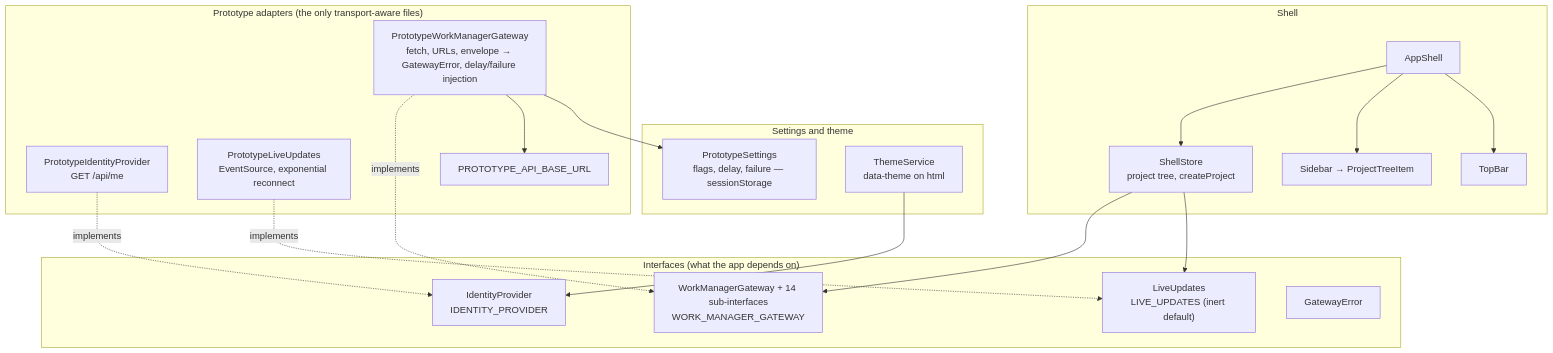
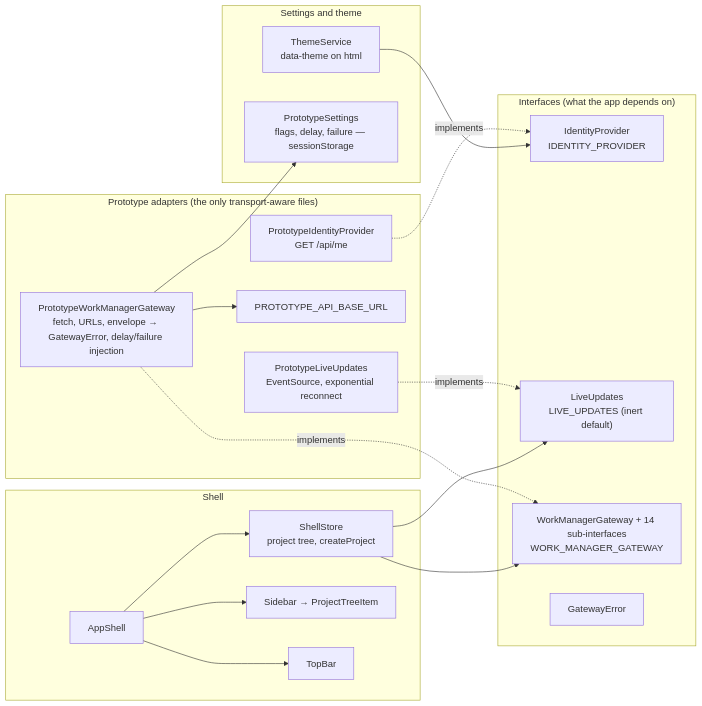
Before and after one commit to CalciteDragon/Canvas-work-manager-prototype: the first of 2 diagrams in docs/architecture/web/core/what.md, drawn with Mermaid. The commit also changed other lines of this file and 18 other files, not shown here.

First line of the commit message:
docs: validate mermaid diagrams and fix broken ones

````diff
--- a/docs/architecture/web/core/what.md
+++ b/docs/architecture/web/core/what.md
@@ -5,34 +5,34 @@
 ```mermaid
-flowchart TB
+flowchart LR
   subgraph ports["Interfaces (what the app depends on)"]
-    gw["WorkManagerGateway + 14 sub-interfaces<br/>WORK_MANAGER_GATEWAY"]
     id["IdentityProvider<br/>IDENTITY_PROVIDER"]
     lu["LiveUpdates<br/>LIVE_UPDATES (inert default)"]
+    gw["WorkManagerGateway + 14 sub-interfaces<br/>WORK_MANAGER_GATEWAY"]
     err["GatewayError"]
   end
   subgraph adapters["Prototype adapters (the only transport-aware files)"]
+    pid["PrototypeIdentityProvider<br/>GET /api/me"]
     pgw["PrototypeWorkManagerGateway<br/>fetch, URLs, envelope → GatewayError, delay/failure injection"]
-    pid["PrototypeIdentityProvider<br/>GET /api/me"]
+    cfg["PROTOTYPE_API_BASE_URL"]
     plu["PrototypeLiveUpdates<br/>EventSource, exponential reconnect"]
-    cfg["PROTOTYPE_API_BASE_URL"]
   end
   subgraph settings["Settings and theme"]
+    th["ThemeService<br/>data-theme on html"]
     ps["PrototypeSettings<br/>flags, delay, failure — sessionStorage"]
-    th["ThemeService<br/>data-theme on html"]
   end
   subgraph shell["Shell"]
     as["AppShell"]
     ss["ShellStore<br/>project tree, createProject"]
     sb["Sidebar → ProjectTreeItem"]
     tb["TopBar"]
   end
   pgw -. implements .-> gw
   pid -. implements .-> id
   plu -. implements .-> lu
   pgw --> cfg
   pgw --> ps
   as --> ss --> gw
   ss --> lu
   as --> sb & tb
   th --> id
 ```
````
